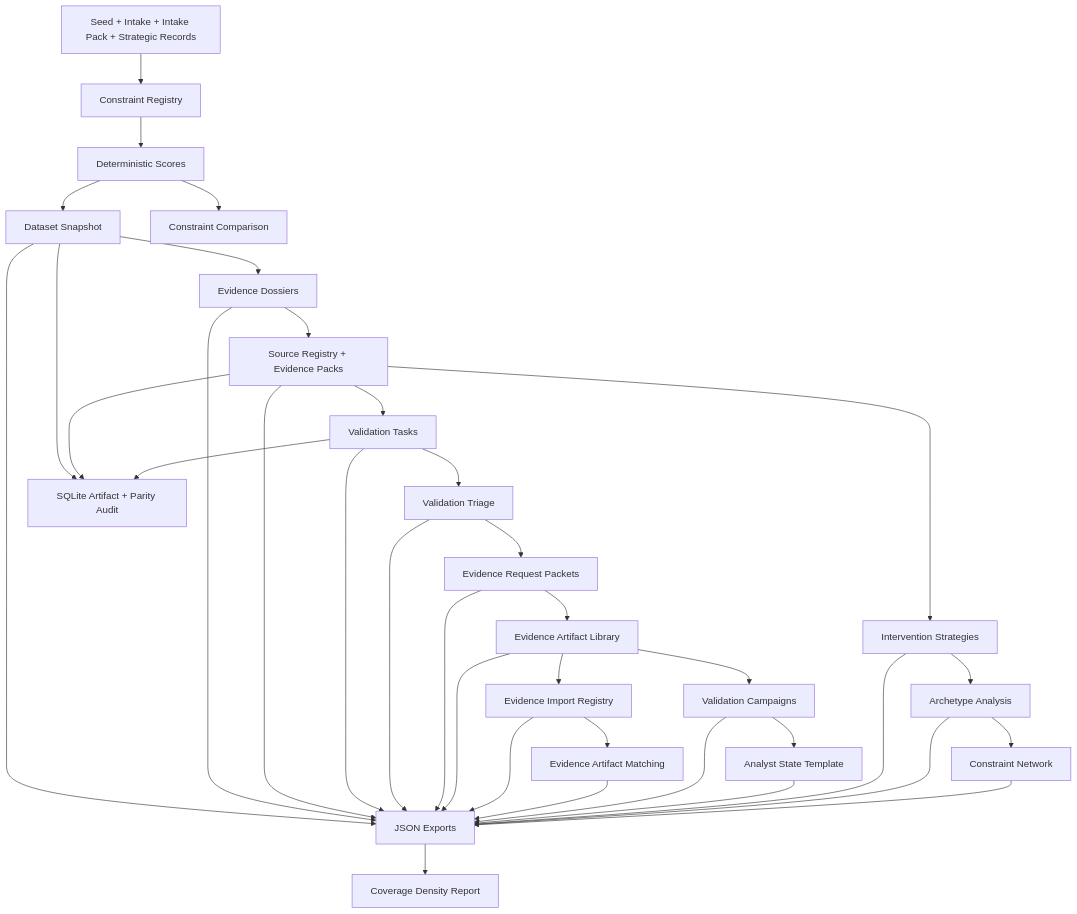
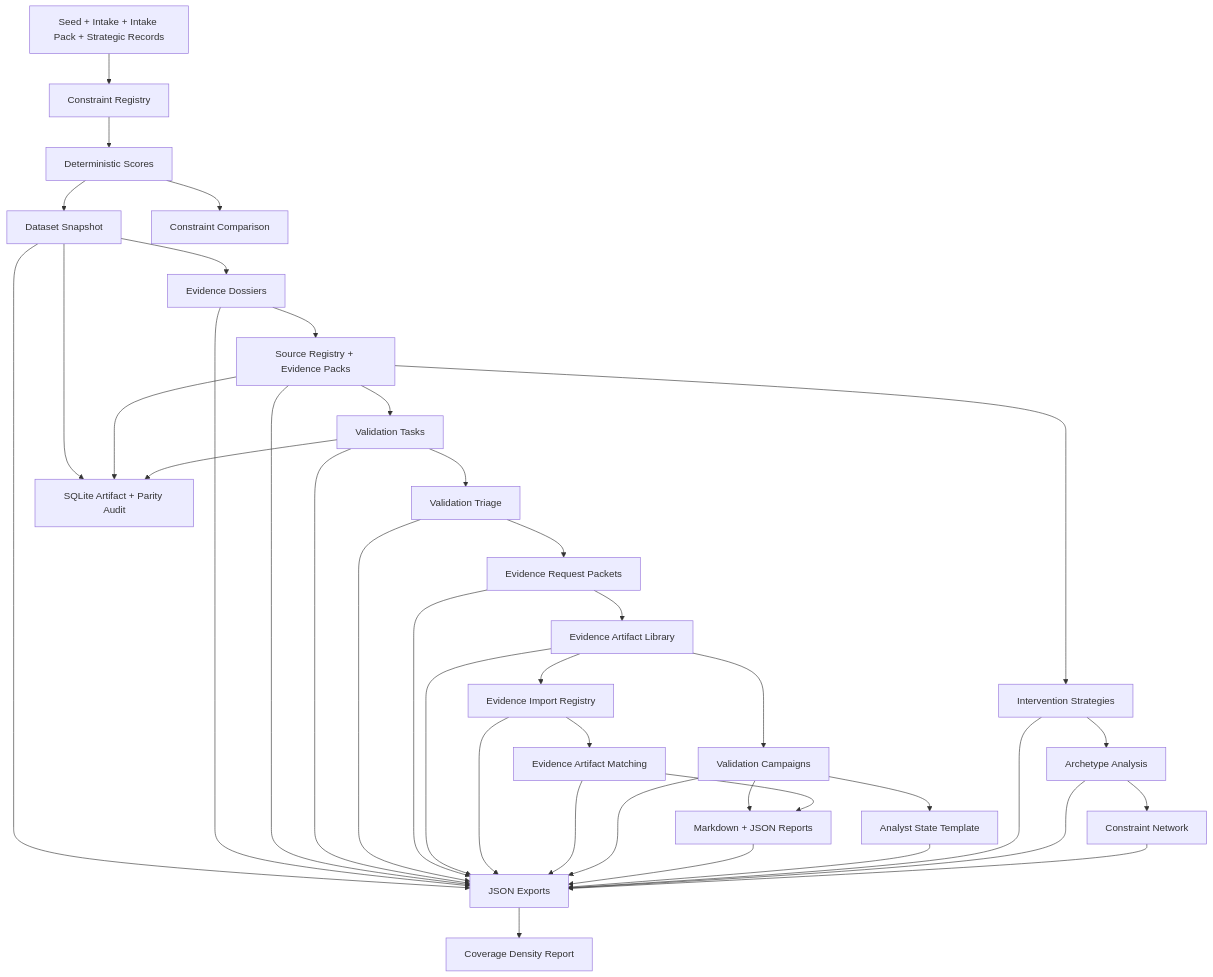
The diagram in docs/DATA_PIPELINE.md (EtherTabu/economic-x-ray-vision), drawn with Mermaid before and after one commit. The commit also changed other lines of this file and 40 other files, not shown here.

````diff
--- a/docs/DATA_PIPELINE.md
+++ b/docs/DATA_PIPELINE.md
@@ -37,38 +37,41 @@
 ```mermaid
 flowchart TD
   A["Seed + Intake + Intake Pack + Strategic Records"] --> B["Constraint Registry"]
   B --> C["Deterministic Scores"]
   C --> D["Dataset Snapshot"]
   D --> E["Evidence Dossiers"]
   E --> F["Source Registry + Evidence Packs"]
   F --> G["Validation Tasks"]
   G --> H["Validation Triage"]
   H --> I["Evidence Request Packets"]
   I --> Q["Evidence Artifact Library"]
   Q --> T["Evidence Import Registry"]
   T --> U["Evidence Artifact Matching"]
   Q --> J["Validation Campaigns"]
   J --> R["Analyst State Template"]
+  J --> V["Markdown + JSON Reports"]
+  U --> V
   F --> K["Intervention Strategies"]
   K --> L["Archetype Analysis"]
   L --> M["Constraint Network"]
   C --> N["Constraint Comparison"]
   D --> O["SQLite Artifact + Parity Audit"]
   F --> O
   G --> O
   D --> P["JSON Exports"]
   E --> P
   F --> P
   G --> P
   H --> P
   I --> P
   Q --> P
   T --> P
   U --> P
   J --> P
+  V --> P
   R --> P
   K --> P
   L --> P
   M --> P
   P --> S["Coverage Density Report"]
 ```
````
